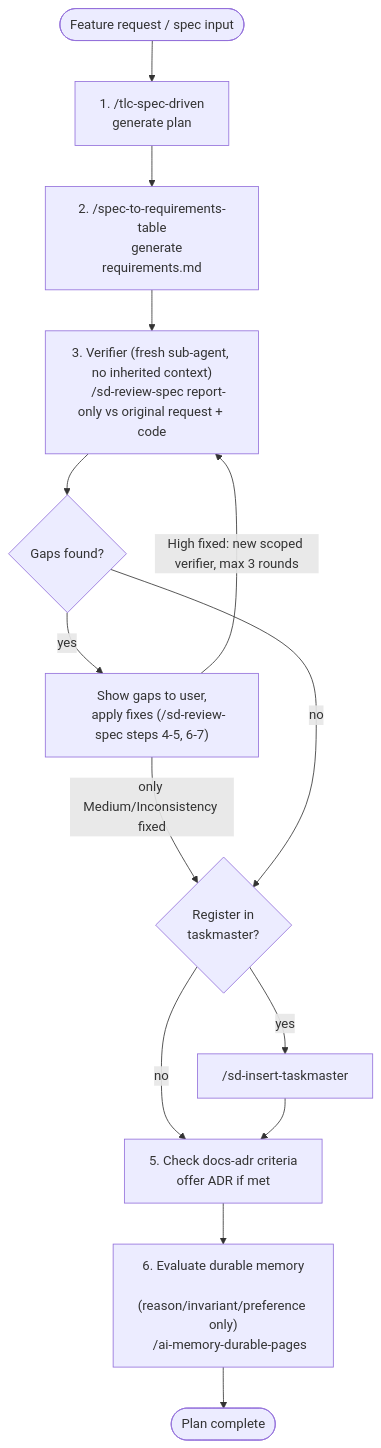
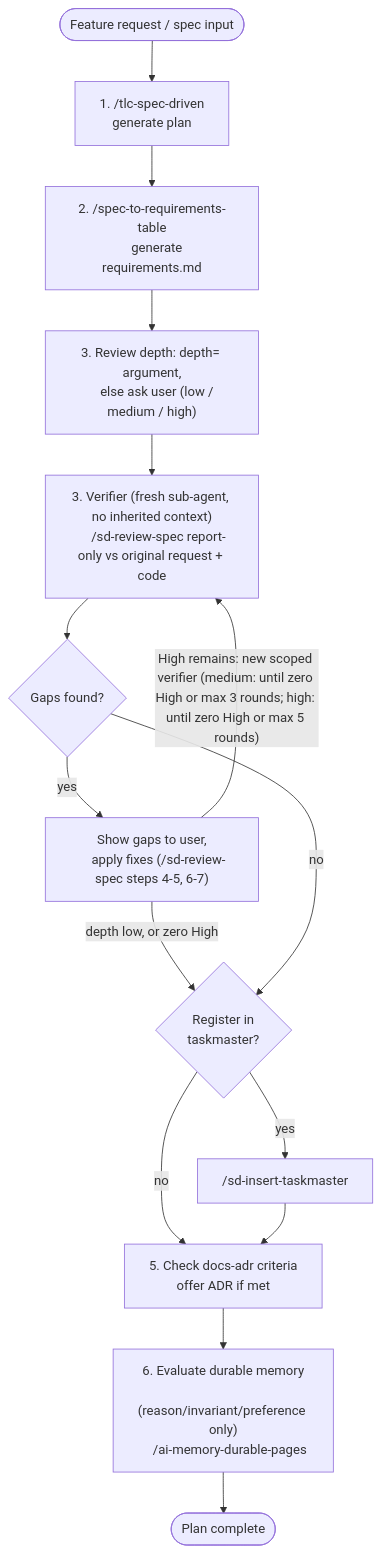
Before and after one commit to Ronnasayd/aipp: the diagram in skills/sd-planning/references/diagram.md, drawn with Mermaid. The commit also changed 6 other files, not shown here.

First line of the commit message:
feat(sd-planning): add review depth to verifier loop

````diff
--- a/skills/sd-planning/references/diagram.md
+++ b/skills/sd-planning/references/diagram.md
@@ -3,24 +3,26 @@
 ```mermaid
 flowchart TD
     Start([Feature request / spec input]) --> B["1. /tlc-spec-driven
     generate plan"]
     B --> C["2. /spec-to-requirements-table
     generate requirements.md"]
-    C --> V["3. Verifier (fresh sub-agent, no inherited context)
+    C --> DP["3. Review depth: depth= argument,
+    else ask user (low / medium / high)"]
+    DP --> V["3. Verifier (fresh sub-agent, no inherited context)
     /sd-review-spec report-only vs original request + code"]
     V --> V2{"Gaps found?"}
     V2 -- yes --> V3["Show gaps to user,
     apply fixes (/sd-review-spec steps 4-5, 6-7)"]
-    V3 -- "High fixed: new scoped verifier, max 3 rounds" --> V
-    V3 -- "only Medium/Inconsistency fixed" --> D
+    V3 -- "High remains: new scoped verifier (medium: until zero High or max 3 rounds; high: until zero High or max 5 rounds)" --> V
+    V3 -- "depth low, or zero High" --> D
     V2 -- no --> D{"Register in
     taskmaster?"}
     D -- yes --> E["/sd-insert-taskmaster"]
     D -- no --> F
     E --> F["5. Check docs-adr criteria
     offer ADR if met"]
     F --> G["6. Evaluate durable memory
     (reason/invariant/preference only)
     /ai-memory-durable-pages"]
     G --> End([Plan complete])
 ```
````
